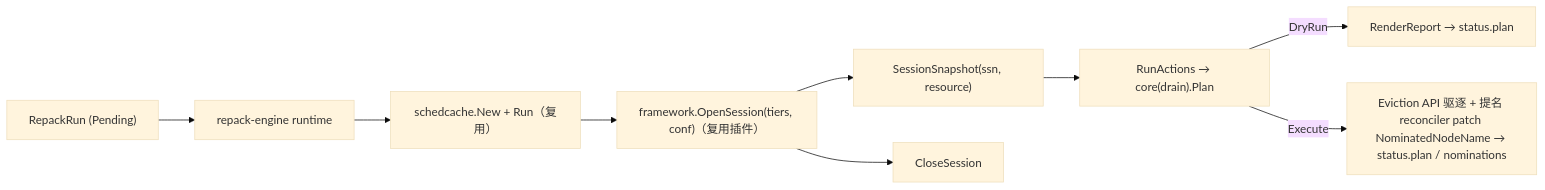
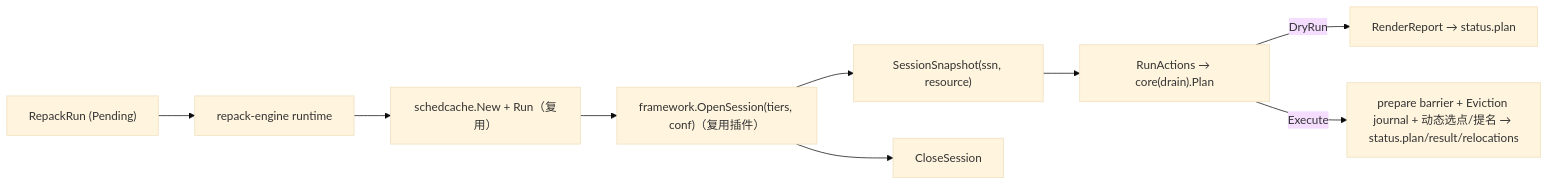
Before and after one commit to wangyang0616/volcano: the fifth of 21 diagrams in docs/design/repack-policy-design.md, drawn with Mermaid (base theme). The commit also changed other lines of this file and 1 other file, not shown here.

````diff
--- a/docs/design/repack-policy-design.md
+++ b/docs/design/repack-policy-design.md
@@ -1011,11 +1051,11 @@
 ```mermaid
 flowchart LR
     RUN["RepackRun (Pending)"] --> RT["repack-engine runtime"]
     RT --> C["schedcache.New + Run（复用）"]
     C --> OS["framework.OpenSession(tiers, conf)（复用插件）"]
     OS --> SS["SessionSnapshot(ssn, resource)"]
     SS --> PR["RunActions → core(drain).Plan"]
     PR -->|DryRun| RP["RenderReport → status.plan"]
-    PR -->|Execute| ST["Eviction API 驱逐 + 提名 reconciler patch NominatedNodeName → status.plan / nominations"]
+    PR -->|Execute| ST["prepare barrier + Eviction journal + 动态选点/提名 → status.plan/result/relocations"]
     OS --> CL["CloseSession"]
 ```
````
